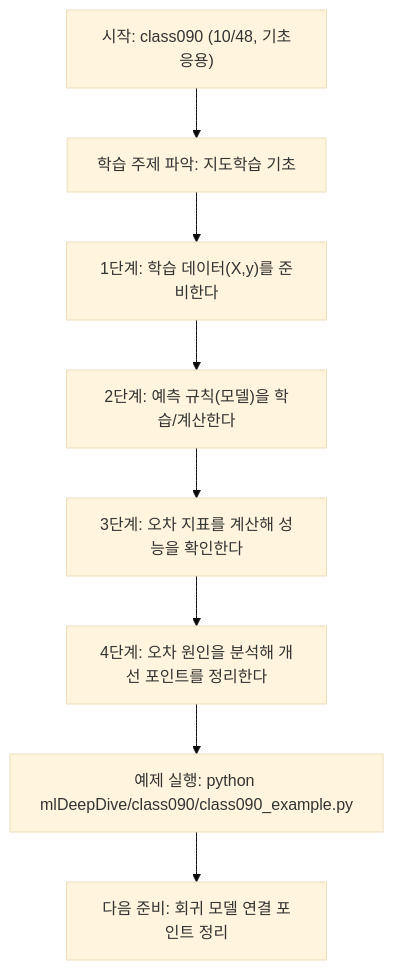
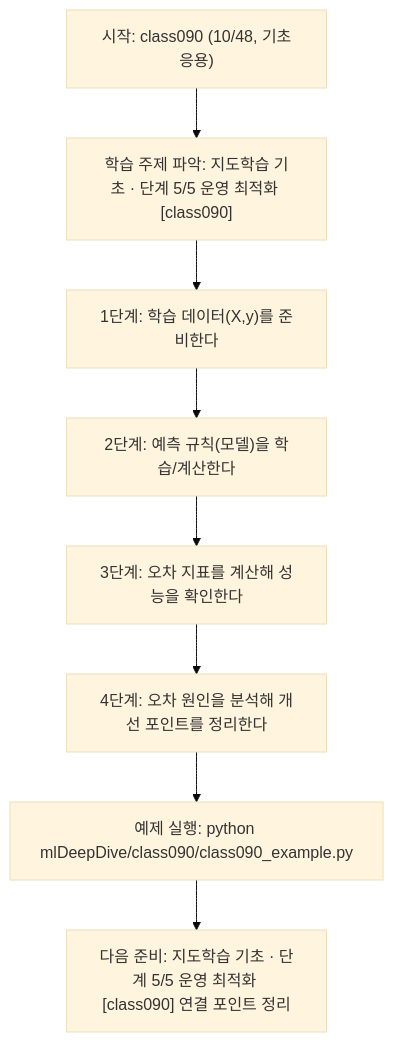
Before and after one commit to edumgt/Python-AI_Agent-Class: the diagram in mlDeepDive/class090/class090.md, drawn with Mermaid (base theme). The commit also changed other lines of this file and 522 other files, not shown here.

````diff
--- a/mlDeepDive/class090/class090.md
+++ b/mlDeepDive/class090/class090.md
@@ -108,18 +109,18 @@
 ```mermaid
 flowchart TD
 N1["시작: class090 (10/48, 기초응용)"]
-N2["학습 주제 파악: 지도학습 기초"]
+N2["학습 주제 파악: 지도학습 기초 · 단계 5/5 운영 최적화 [class090]"]
 N3["1단계: 학습 데이터(X,y)를 준비한다"]
 N4["2단계: 예측 규칙(모델)을 학습/계산한다"]
 N5["3단계: 오차 지표를 계산해 성능을 확인한다"]
 N6["4단계: 오차 원인을 분석해 개선 포인트를 정리한다"]
 N7["예제 실행: python mlDeepDive/class090/class090_example.py"]
-N8["다음 준비: 회귀 모델 연결 포인트 정리"]
+N8["다음 준비: 지도학습 기초 · 단계 5/5 운영 최적화 [class090] 연결 포인트 정리"]
 N1 --> N2
 N2 --> N3
 N3 --> N4
 N4 --> N5
 N5 --> N6
 N6 --> N7
 N7 --> N8
 ```
````
